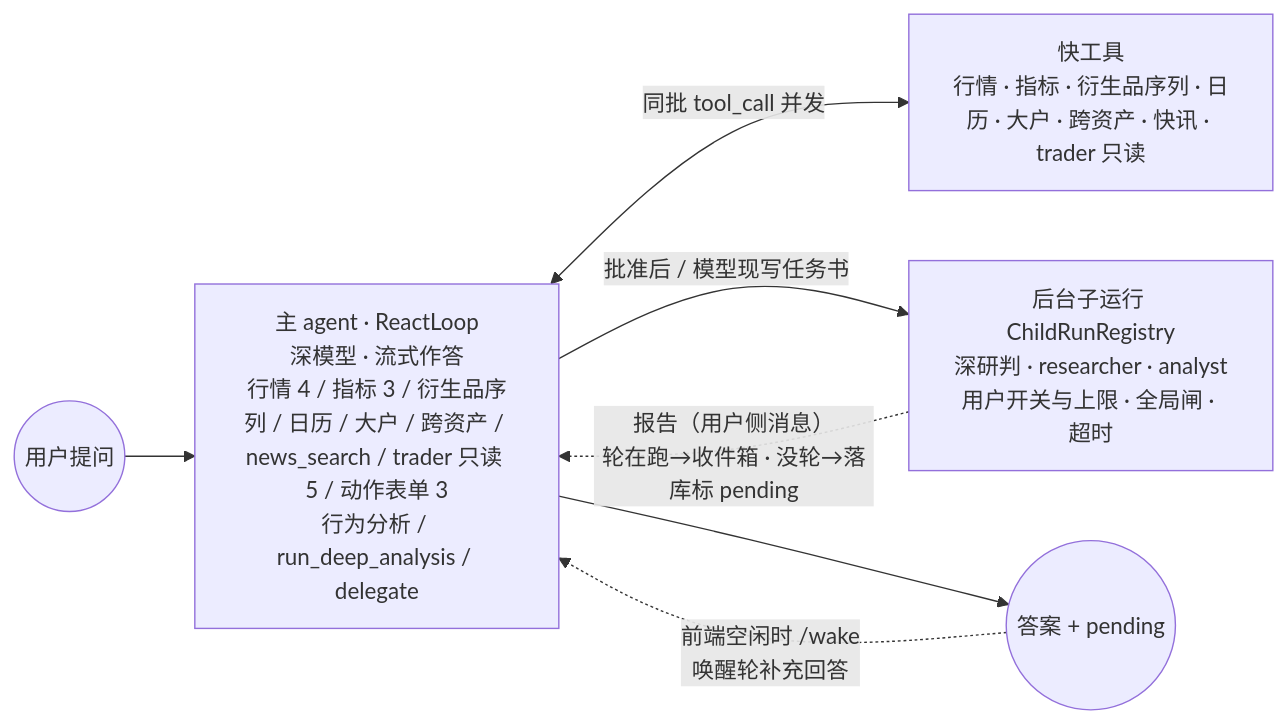
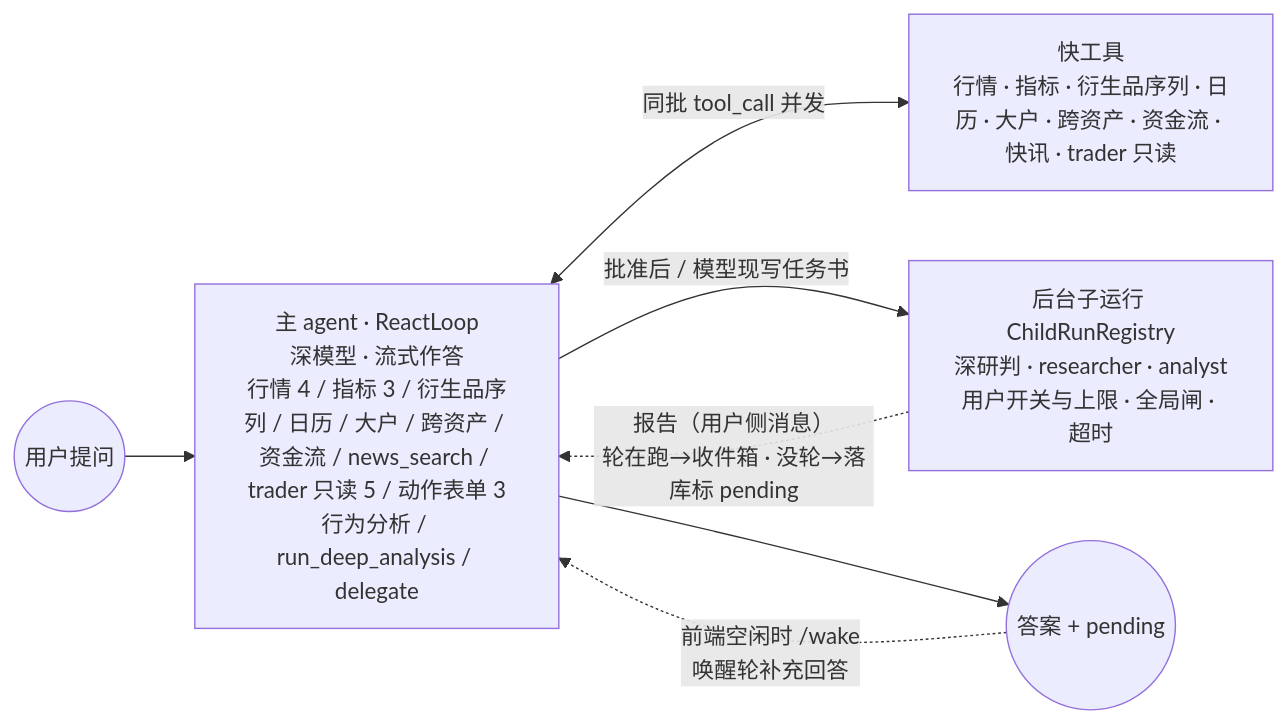
One commit to mamawai/wtfibought changed the fourth of 5 diagrams in docs/agent-harness/architecture.md. Above: the diagram before and after it, drawn with Mermaid. The commit also changed other lines of this file and 33 other files, not shown here.

````diff
--- a/docs/agent-harness/architecture.md
+++ b/docs/agent-harness/architecture.md
@@ -113,9 +113,9 @@
 ```mermaid
 flowchart LR
-    U((用户提问)) --> MAIN["主 agent · ReactLoop<br/>深模型 · 流式作答<br/>行情 4 / 指标 3 / 衍生品序列 / 日历 / 大户 / 跨资产 / news_search / trader 只读 5 / 动作表单 3<br/>行为分析 / run_deep_analysis / delegate"]
-    MAIN <-->|"同批 tool_call 并发"| T["快工具<br/>行情 · 指标 · 衍生品序列 · 日历 · 大户 · 跨资产 · 快讯 · trader 只读"]
+    U((用户提问)) --> MAIN["主 agent · ReactLoop<br/>深模型 · 流式作答<br/>行情 4 / 指标 3 / 衍生品序列 / 日历 / 大户 / 跨资产 / 资金流 / news_search / trader 只读 5 / 动作表单 3<br/>行为分析 / run_deep_analysis / delegate"]
+    MAIN <-->|"同批 tool_call 并发"| T["快工具<br/>行情 · 指标 · 衍生品序列 · 日历 · 大户 · 跨资产 · 资金流 · 快讯 · trader 只读"]
     MAIN -->|"批准后 / 模型现写任务书"| CR["后台子运行 ChildRunRegistry<br/>深研判 · researcher · analyst<br/>用户开关与上限 · 全局闸 · 超时"]
     CR -.->|"报告（用户侧消息）<br/>轮在跑→收件箱 · 没轮→落库标 pending"| MAIN
     MAIN --> A((答案 + pending))
     A -.->|"前端空闲时 /wake<br/>唤醒轮补充回答"| MAIN
 ```
````
